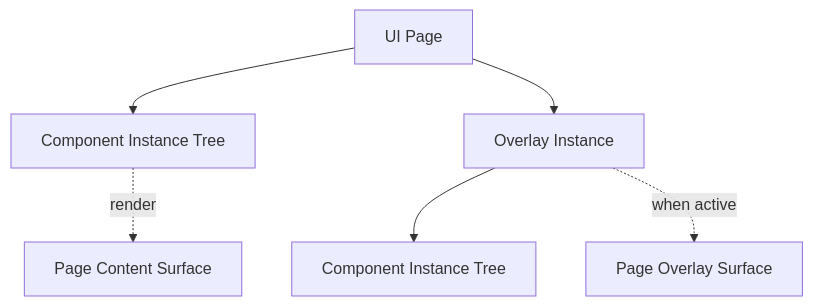
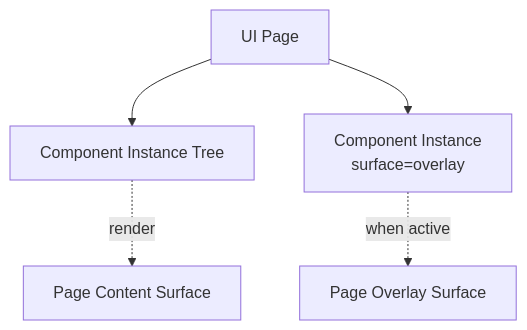
The third of 6 diagrams in docs/architecture/01-product-overview.md (northwest-hcu/FlagShip), drawn with Mermaid before and after one commit. The commit also changed other lines of this file and 46 other files, not shown here.

````diff
--- a/docs/architecture/01-product-overview.md
+++ b/docs/architecture/01-product-overview.md
@@ -181,14 +176,13 @@
 ```mermaid
 flowchart TB
     Page["UI Page"]
     ContentInstance["Component Instance Tree"]
-    OverlayInstance["Overlay Instance"]
-    WrappedInstance["Component Instance Tree"]
+    OverlayComponent["Component Instance<br/>surface=overlay"]
     PageContent["Page Content Surface"]
     PageOverlay["Page Overlay Surface"]
 
     Page --> ContentInstance
-    Page --> OverlayInstance --> WrappedInstance
+    Page --> OverlayComponent
     ContentInstance -.->|"render"| PageContent
-    OverlayInstance -.->|"when active"| PageOverlay
+    OverlayComponent -.->|"when active"| PageOverlay
 ```
````
